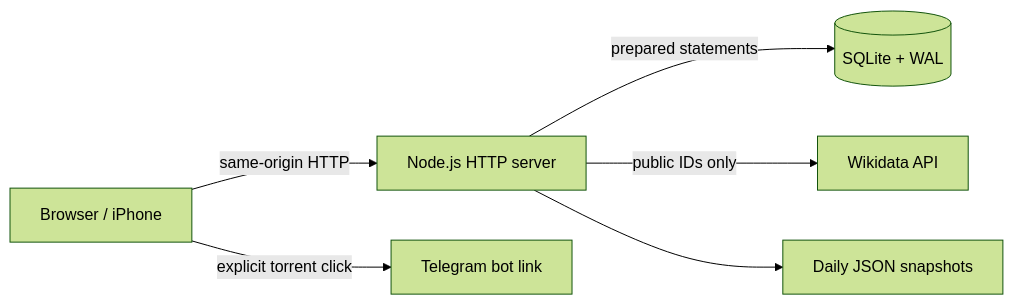
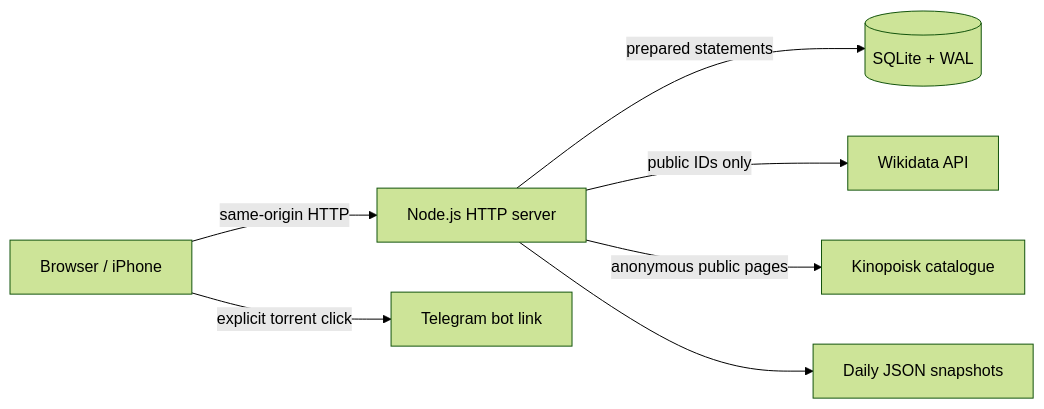
The diagram in docs/architecture.md (Vomblr/films-loc), drawn with Mermaid (forest theme) before and after one commit. The commit also changed other lines of this file and 14 other files, not shown here.

````diff
--- a/docs/architecture.md
+++ b/docs/architecture.md
@@ -7,8 +7,9 @@
 ```mermaid
 flowchart LR
     Browser[Browser / iPhone] -->|same-origin HTTP| App[Node.js HTTP server]
     App -->|prepared statements| DB[(SQLite + WAL)]
     App -->|public IDs only| WD[Wikidata API]
+    App -->|anonymous public pages| KP[Kinopoisk catalogue]
     Browser -->|explicit torrent click| TG[Telegram bot link]
     App --> Snapshots[Daily JSON snapshots]
 ```
````
